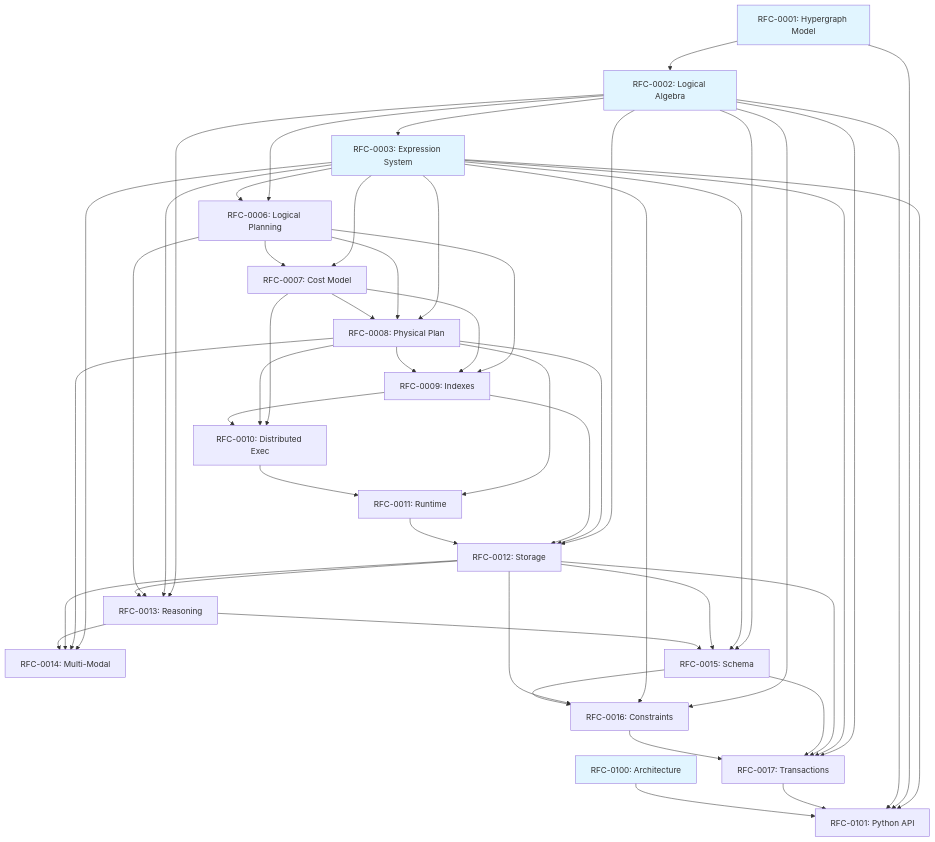
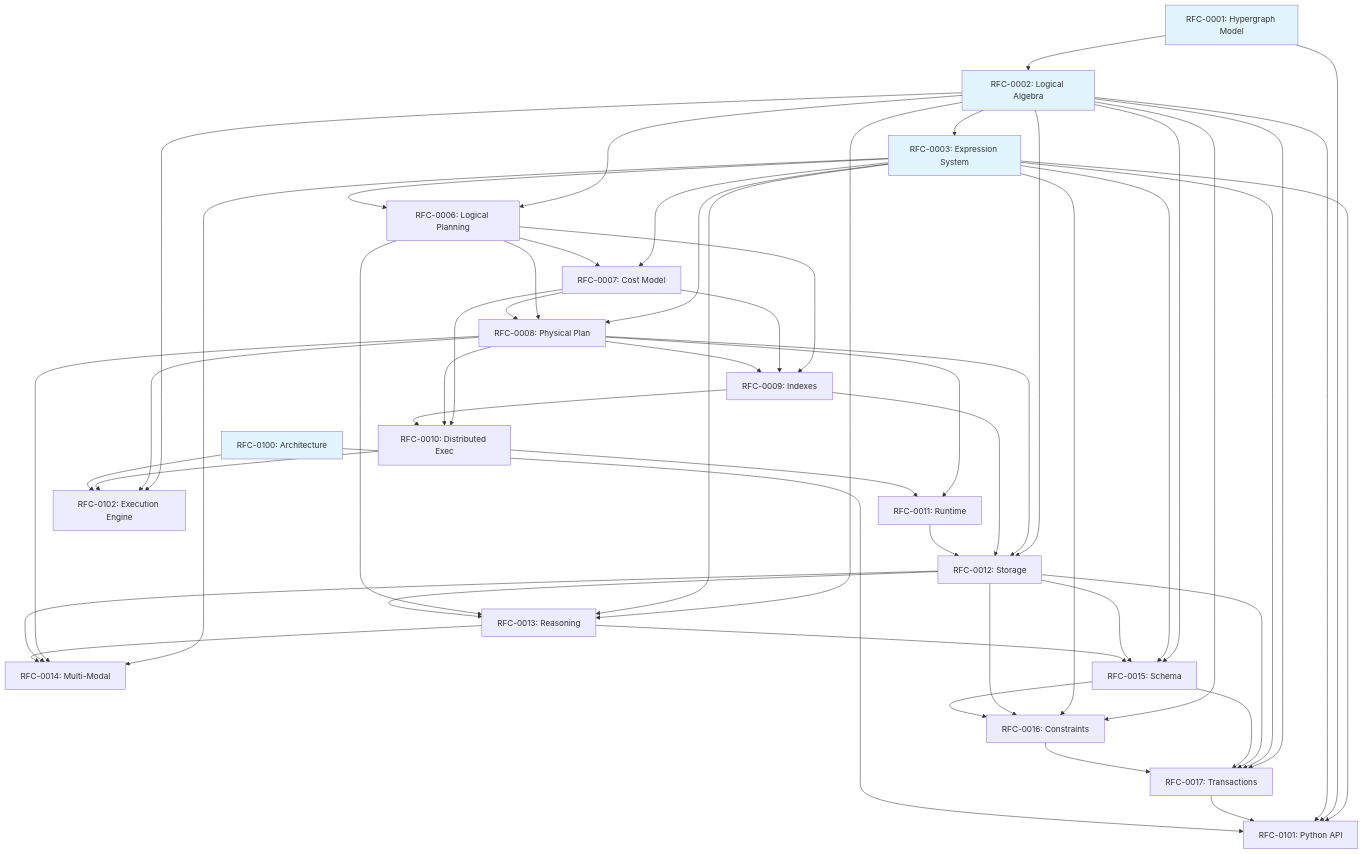
Before and after one commit to mirasoth/Grism: the diagram in specs/rfc-index.md, drawn with Mermaid. The commit also changed other lines of this file and 3 other files, not shown here.

```diff
--- a/specs/rfc-index.md
+++ b/specs/rfc-index.md
@@ -101,6 +102,7 @@
     RFC0017[RFC-0017: Transactions]
     RFC0100[RFC-0100: Architecture]
     RFC0101[RFC-0101: Python API]
+    RFC0102[RFC-0102: Execution Engine]
     
     RFC0001 --> RFC0002
     RFC0002 --> RFC0003
@@ -162,6 +164,11 @@
     RFC0017 --> RFC0101
     RFC0100 --> RFC0101
     
+    RFC0002 --> RFC0102
+    RFC0008 --> RFC0102
+    RFC0010 --> RFC0102
+    RFC0100 --> RFC0102
+    
     style RFC0001 fill:#e1f5ff
     style RFC0002 fill:#e1f5ff
     style RFC0003 fill:#e1f5ff
```
